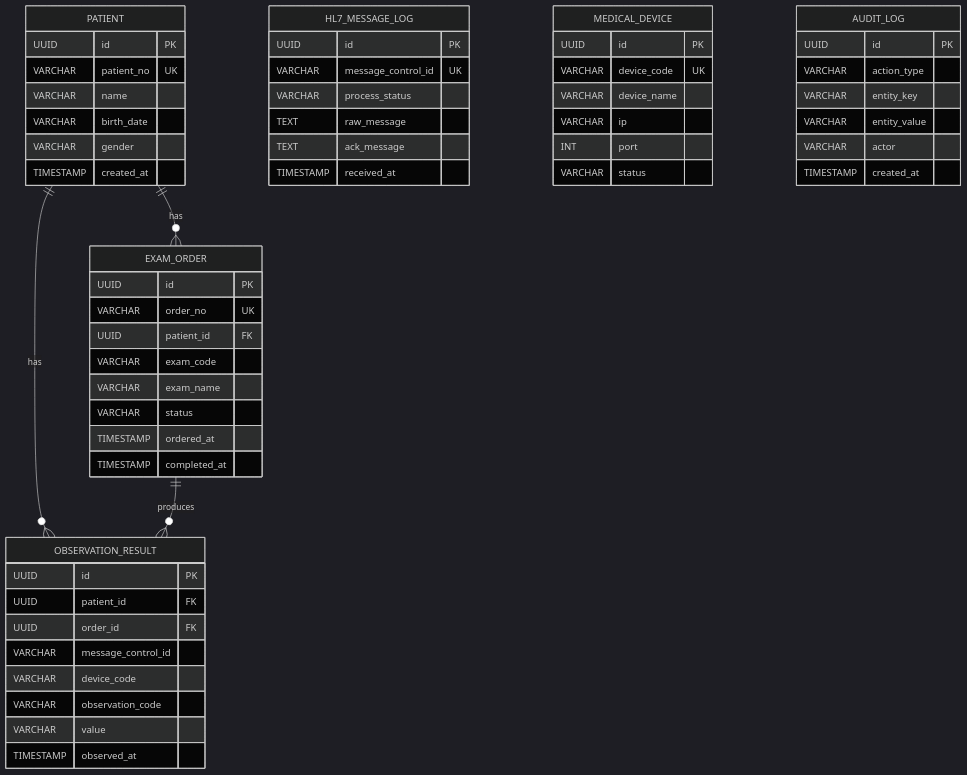
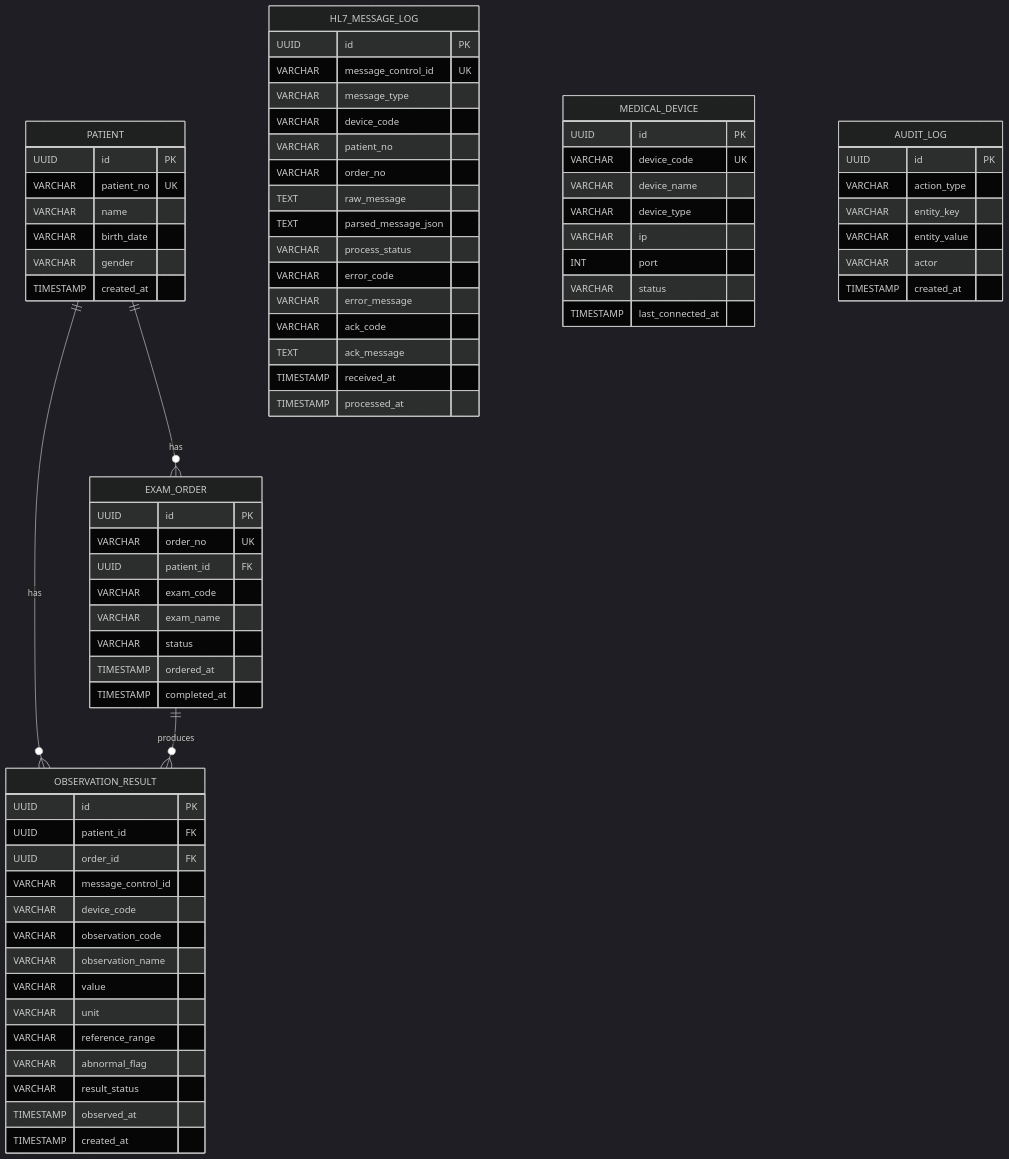
The fourth of 8 diagrams in README.md (skyleedevzero86/carebridge-platform), drawn with Mermaid (dark theme) before and after one commit. The commit also changed other lines of this file and 8 other files, not shown here.

First line of the commit message:
docs: README 정합성·ERD·로컬 compose 및 실행 가이드 보강

````diff
--- a/README.md
+++ b/README.md
@@ -274,58 +292,75 @@
 ```mermaid
 erDiagram
     PATIENT {
         UUID id PK
         VARCHAR patient_no UK
         VARCHAR name
         VARCHAR birth_date
         VARCHAR gender
         TIMESTAMP created_at
     }
     EXAM_ORDER {
         UUID id PK
         VARCHAR order_no UK
         UUID patient_id FK
         VARCHAR exam_code
         VARCHAR exam_name
         VARCHAR status
         TIMESTAMP ordered_at
         TIMESTAMP completed_at
     }
     OBSERVATION_RESULT {
         UUID id PK
         UUID patient_id FK
         UUID order_id FK
         VARCHAR message_control_id
         VARCHAR device_code
         VARCHAR observation_code
+        VARCHAR observation_name
         VARCHAR value
+        VARCHAR unit
+        VARCHAR reference_range
+        VARCHAR abnormal_flag
+        VARCHAR result_status
         TIMESTAMP observed_at
+        TIMESTAMP created_at
     }
     HL7_MESSAGE_LOG {
         UUID id PK
         VARCHAR message_control_id UK
+        VARCHAR message_type
+        VARCHAR device_code
+        VARCHAR patient_no
+        VARCHAR order_no
+        TEXT raw_message
+        TEXT parsed_message_json
         VARCHAR process_status
-        TEXT raw_message
+        VARCHAR error_code
+        VARCHAR error_message
+        VARCHAR ack_code
         TEXT ack_message
         TIMESTAMP received_at
+        TIMESTAMP processed_at
     }
     MEDICAL_DEVICE {
         UUID id PK
         VARCHAR device_code UK
         VARCHAR device_name
+        VARCHAR device_type
         VARCHAR ip
         INT port
         VARCHAR status
+        TIMESTAMP last_connected_at
     }
     AUDIT_LOG {
         UUID id PK
         VARCHAR action_type
         VARCHAR entity_key
         VARCHAR entity_value
         VARCHAR actor
         TIMESTAMP created_at
     }
     PATIENT ||--o{ EXAM_ORDER : has
     PATIENT ||--o{ OBSERVATION_RESULT : has
     EXAM_ORDER ||--o{ OBSERVATION_RESULT : produces
 ```
````
